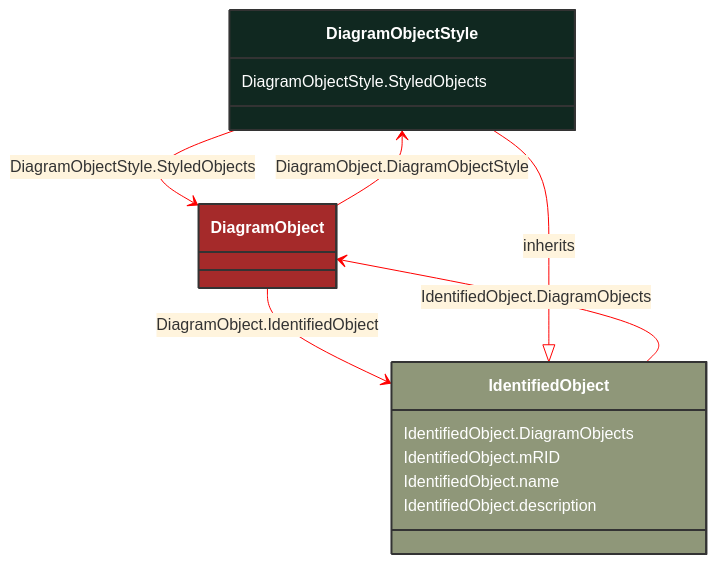
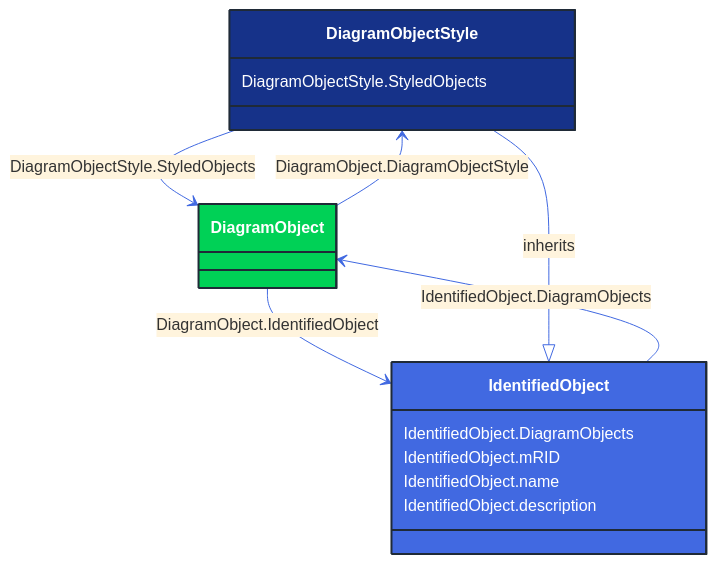
The diagram in docs/Models/Profiles/DiagramLayout/ConcreteClasses/DiagramObjectStyle.md (3lbits/NoCIMExtensions), drawn with Mermaid before and after one commit. The commit also changed 362 other files, not shown here.

First line of the commit message:
Update diagrams and styles for improved visual consistency

````diff
--- a/docs/Models/Profiles/DiagramLayout/ConcreteClasses/DiagramObjectStyle.md
+++ b/docs/Models/Profiles/DiagramLayout/ConcreteClasses/DiagramObjectStyle.md
@@ -8,41 +8,41 @@
 ```mermaid
-%%{init: {'theme':'base','themeVariables': {'lineColor': '#FF0000'}}}%%
+%%{init: {'theme':'base','themeVariables': {'lineColor': '#4169E1'}}}%%
 classDiagram
     class DiagramObjectStyle
     click DiagramObjectStyle href "/Models/Profiles/DiagramLayout/ConcreteClasses/DiagramObjectStyle/"
-    style DiagramObjectStyle fill:#102820,stroke:#333,stroke-width:2px,rx:10,ry:10,color:white
+    style DiagramObjectStyle fill:#163289,stroke:#1F2A37,stroke-width:2px,rx:10,ry:10,color:white
      
         IdentifiedObject <|-- DiagramObjectStyle : inherits
             click IdentifiedObject href "/Models/Profiles/DiagramLayout/AbstractClasses/IdentifiedObject/"
-            style IdentifiedObject fill:#8F9779,stroke:#333,stroke-width:2px,rx:10,ry:10,color:white
+            style IdentifiedObject fill:#4169E1,stroke:#1F2A37,stroke-width:2px,rx:10,ry:10,color:white
 
         DiagramObjectStyle --> DiagramObject : DiagramObjectStyle.StyledObjects
 
         DiagramObject
             click DiagramObject href "/Models/Profiles/DiagramLayout/ConcreteClasses/DiagramObject/"
-            style DiagramObject fill:#A52A2A,stroke:#333,stroke-width:2px,rx:10,ry:10,color:white
+            style DiagramObject fill:#00D156,stroke:#1F2A37,stroke-width:2px,rx:10,ry:10,color:white
         IdentifiedObject --> DiagramObject : IdentifiedObject.DiagramObjects
 
         DiagramObject
             click DiagramObject href "/Models/Profiles/DiagramLayout/ConcreteClasses/DiagramObject/"
-            style DiagramObject fill:#A52A2A,stroke:#333,stroke-width:2px,rx:10,ry:10,color:white
+            style DiagramObject fill:#00D156,stroke:#1F2A37,stroke-width:2px,rx:10,ry:10,color:white
 
         DiagramObject --> IdentifiedObject : DiagramObject.IdentifiedObject
 
         DiagramObject
             click DiagramObject href "/Models/Profiles/DiagramLayout/ConcreteClasses/DiagramObject/"
-            style DiagramObject fill:#A52A2A,stroke:#333,stroke-width:2px,rx:10,ry:10,color:white
+            style DiagramObject fill:#00D156,stroke:#1F2A37,stroke-width:2px,rx:10,ry:10,color:white
 
         DiagramObject --> DiagramObjectStyle : DiagramObject.DiagramObjectStyle
 
         DiagramObject
             click DiagramObject href "/Models/Profiles/DiagramLayout/ConcreteClasses/DiagramObject/"
-            style DiagramObject fill:#A52A2A,stroke:#333,stroke-width:2px,rx:10,ry:10,color:white
+            style DiagramObject fill:#00D156,stroke:#1F2A37,stroke-width:2px,rx:10,ry:10,color:white
 
 
         DiagramObjectStyle : DiagramObjectStyle.StyledObjects
         IdentifiedObject : IdentifiedObject.DiagramObjects
         IdentifiedObject : IdentifiedObject.mRID
         IdentifiedObject : IdentifiedObject.name
         IdentifiedObject : IdentifiedObject.description
 ```
````
